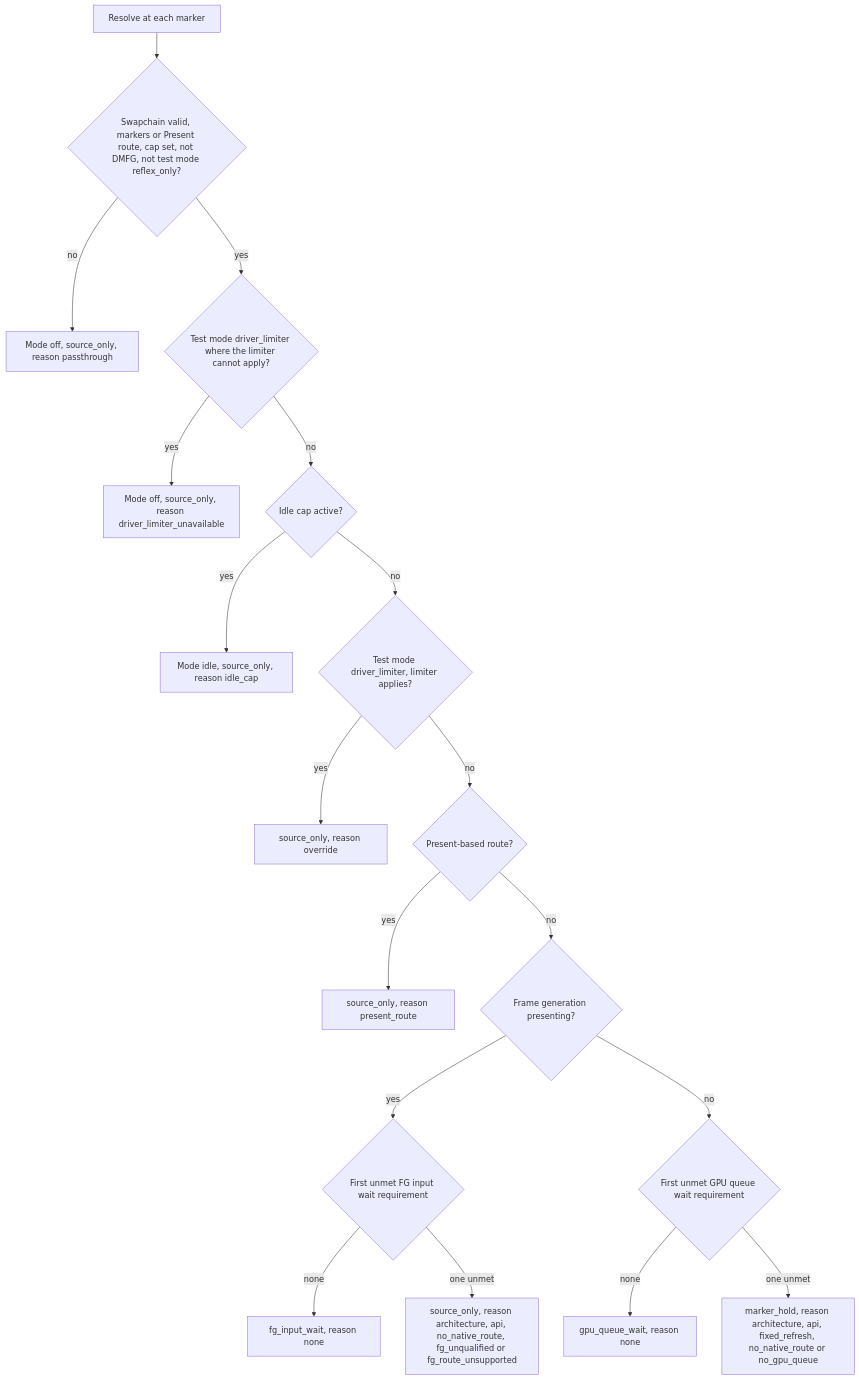
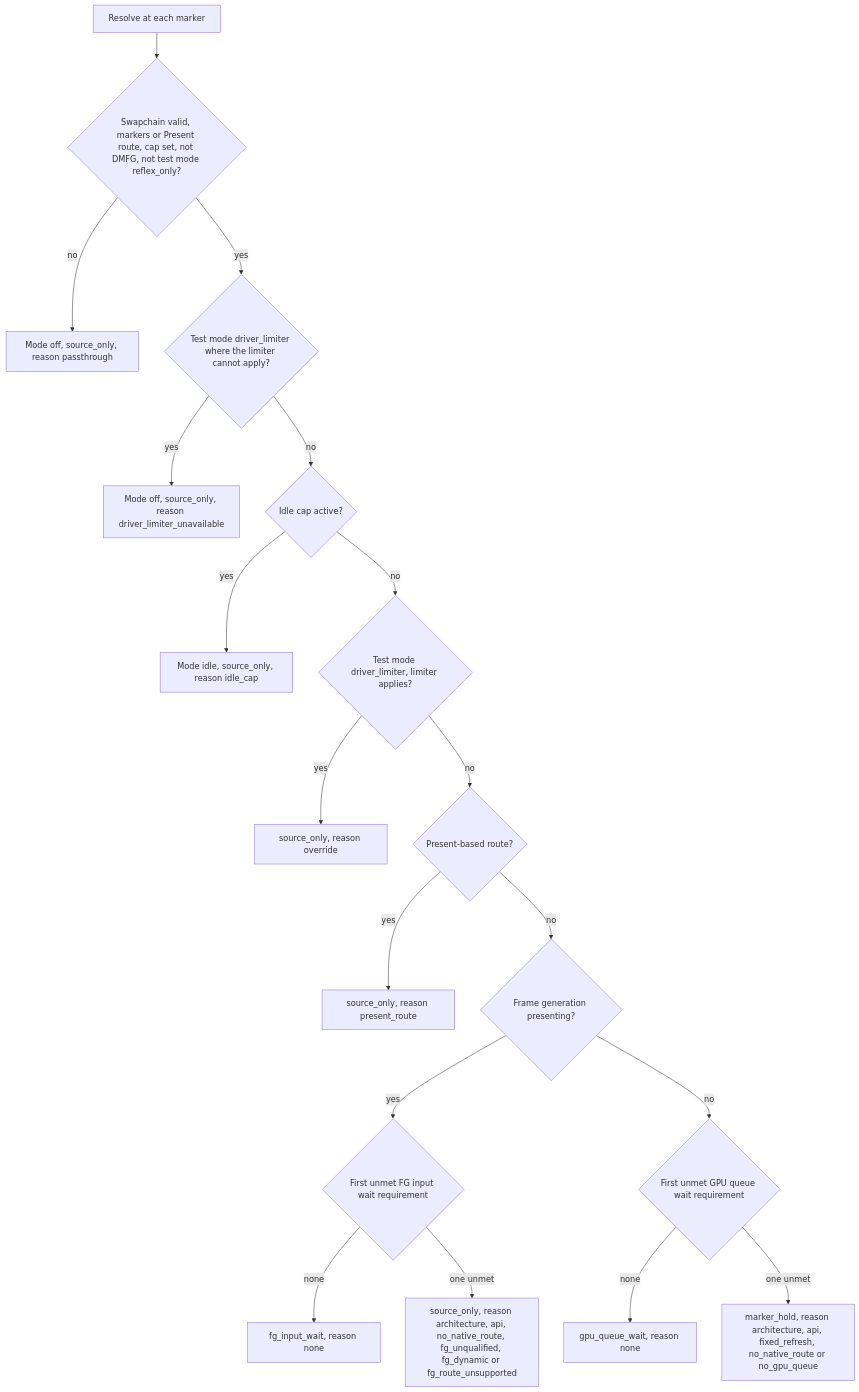
The seventh of 10 diagrams in docs/FRAME_PACING.md (RankFTW/ReLimiter), drawn with Mermaid before and after one commit. The commit also changed other lines of this file and 27 other files, not shown here.

````diff
--- a/docs/FRAME_PACING.md
+++ b/docs/FRAME_PACING.md
@@ -400,20 +400,20 @@
 ```mermaid
 flowchart TD
     A["Resolve at each marker"] --> B{"Swapchain valid, markers or Present route, cap set, not DMFG, not test mode reflex_only?"}
     B -->|no| P["Mode off, source_only, reason passthrough"]
     B -->|yes| B2{"Test mode driver_limiter where the limiter cannot apply?"}
     B2 -->|yes| U["Mode off, source_only, reason driver_limiter_unavailable"]
     B2 -->|no| C{"Idle cap active?"}
     C -->|yes| I["Mode idle, source_only, reason idle_cap"]
     C -->|no| D{"Test mode driver_limiter, limiter applies?"}
     D -->|yes| O1["source_only, reason override"]
     D -->|no| E{"Present-based route?"}
     E -->|yes| R1["source_only, reason present_route"]
     E -->|no| H{"Frame generation presenting?"}
     H -->|yes| H1{"First unmet FG input wait requirement"}
     H1 -->|none| FG["fg_input_wait, reason none"]
-    H1 -->|one unmet| FU["source_only, reason architecture, api, no_native_route, fg_unqualified or fg_route_unsupported"]
+    H1 -->|one unmet| FU["source_only, reason architecture, api, no_native_route, fg_unqualified, fg_dynamic or fg_route_unsupported"]
     H -->|no| J{"First unmet GPU queue wait requirement"}
     J -->|none| GQ["gpu_queue_wait, reason none"]
     J -->|one unmet| MH["marker_hold, reason architecture, api, fixed_refresh, no_native_route or no_gpu_queue"]
 ```
````
